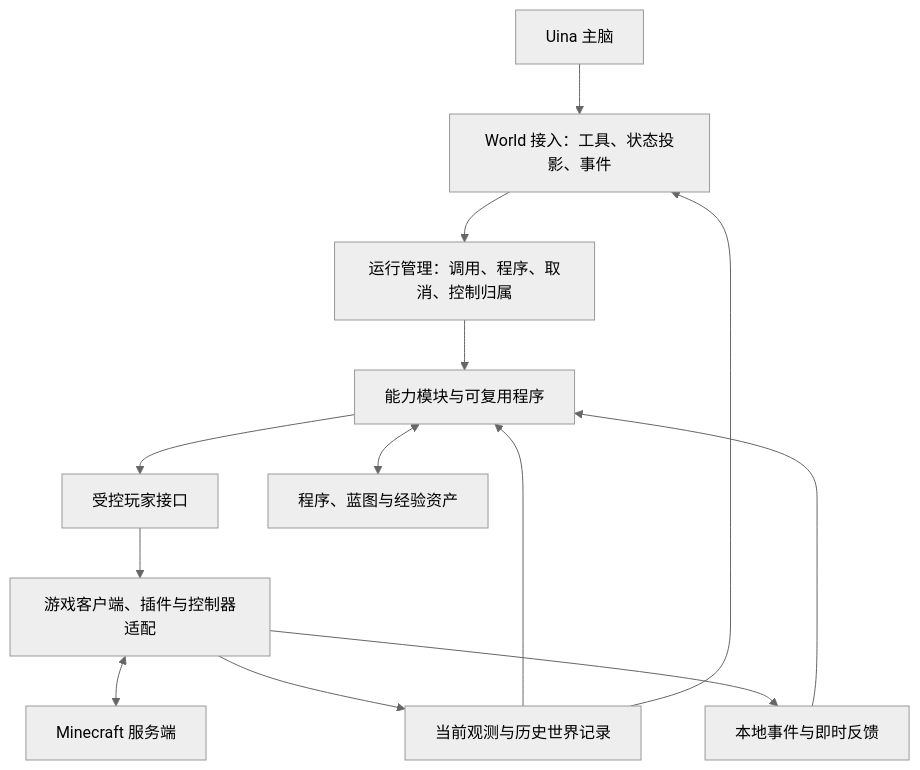
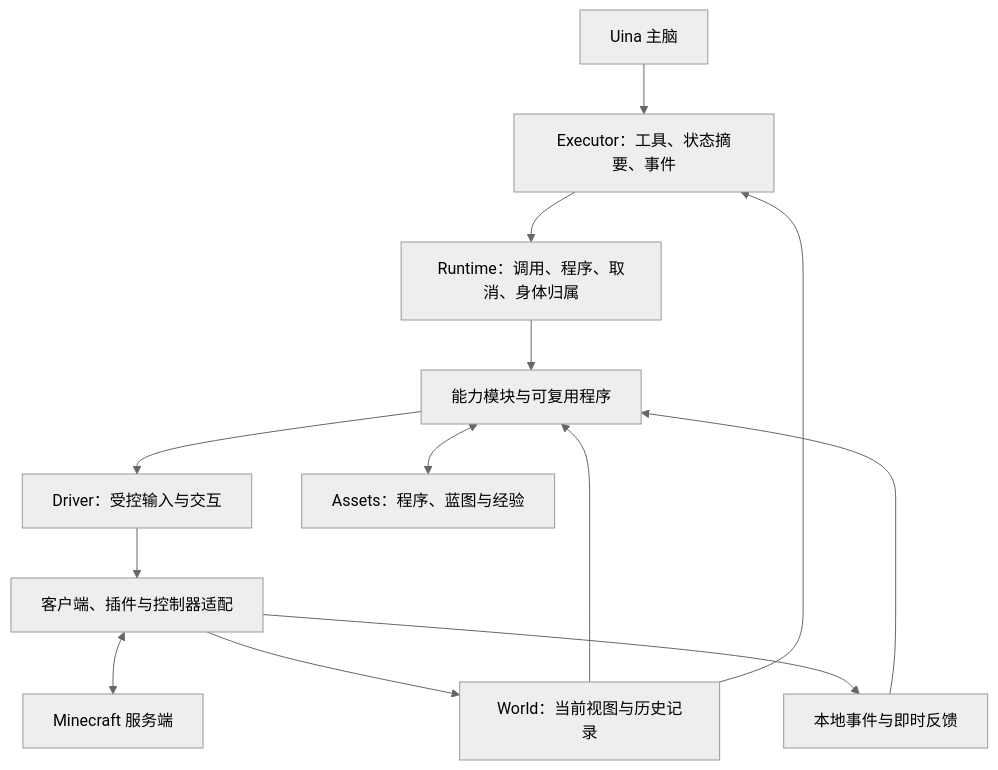
Before and after one commit to FanRec/uina-agent: the first of 2 diagrams in docs/proposals/mc/design.md, drawn with Mermaid (neutral theme). The commit also changed other lines of this file and 4 other files, not shown here.

````diff
--- a/docs/proposals/mc/design.md
+++ b/docs/proposals/mc/design.md
@@ -50,15 +74,15 @@
 ```mermaid
 flowchart TB
-    A[Uina 主脑] --> I[World 接入：工具、状态投影、事件]
-    I --> R[运行管理：调用、程序、取消、控制归属]
+    A[Uina 主脑] --> X[Executor：工具、状态摘要、事件]
+    X --> R[Runtime：调用、程序、取消、身体归属]
     R --> F[能力模块与可复用程序]
-    F --> P[受控玩家接口]
-    P --> M[游戏客户端、插件与控制器适配]
+    F --> D[Driver：受控输入与交互]
+    D --> M[客户端、插件与控制器适配]
     M <--> S[Minecraft 服务端]
-    M --> O[当前观测与历史世界记录]
+    M --> O[World：当前视图与历史记录]
     O --> F
-    O --> I
-    F <--> L[程序、蓝图与经验资产]
+    O --> X
+    F <--> L[Assets：程序、蓝图与经验]
     M --> E[本地事件与即时反馈]
     E --> F
 ```
````
